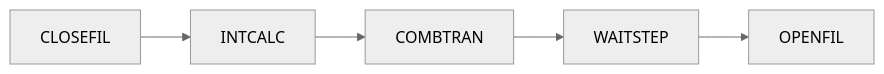
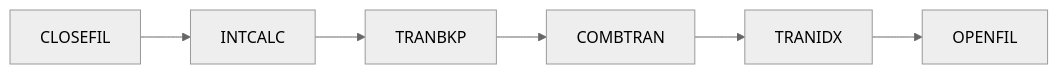
Before and after one commit to khushil/aws-mainframe-modernization-carddemo: the third of 10 diagrams in docs/reverse-engineering/05-specialized/BATCH-WORKFLOWS.md, drawn with Mermaid (neutral theme). The commit also changed other lines of this file and 24 other files, not shown here.

````diff
--- a/docs/reverse-engineering/05-specialized/BATCH-WORKFLOWS.md
+++ b/docs/reverse-engineering/05-specialized/BATCH-WORKFLOWS.md
@@ -469,7 +620,8 @@
 ```mermaid
 graph LR
     A[CLOSEFIL] --> B[INTCALC]
-    B --> C[COMBTRAN]
-    C --> D[WAITSTEP]
-    D --> E[OPENFIL]
+    B --> C[TRANBKP]
+    C --> D[COMBTRAN]
+    D --> E[TRANIDX]
+    E --> F[OPENFIL]
 ```
````
